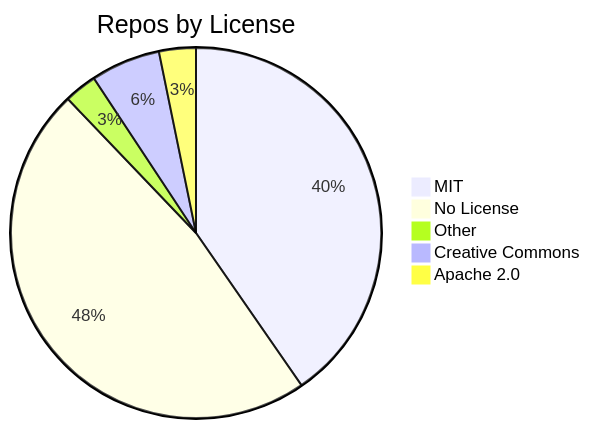
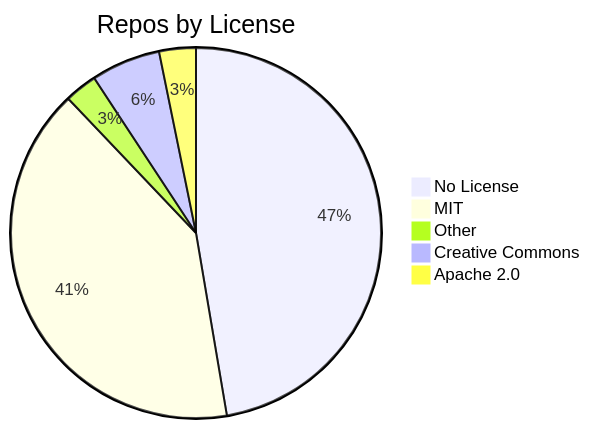
One commit to jpatterson933/awesome-mcp-server-repo-index changed the diagram in README.md. Above: the diagram before and after it, drawn with Mermaid. The commit also changed other lines of this file and 3 other files, not shown here.

````diff
--- a/README.md
+++ b/README.md
@@ -29,8 +29,8 @@
 ```mermaid
 pie title Repos by License
-    "MIT" : 113
     "No License" : 133
+    "MIT" : 114
     "Other" : 8
     "Creative Commons" : 17
     "Apache 2.0" : 9
 ```
````
